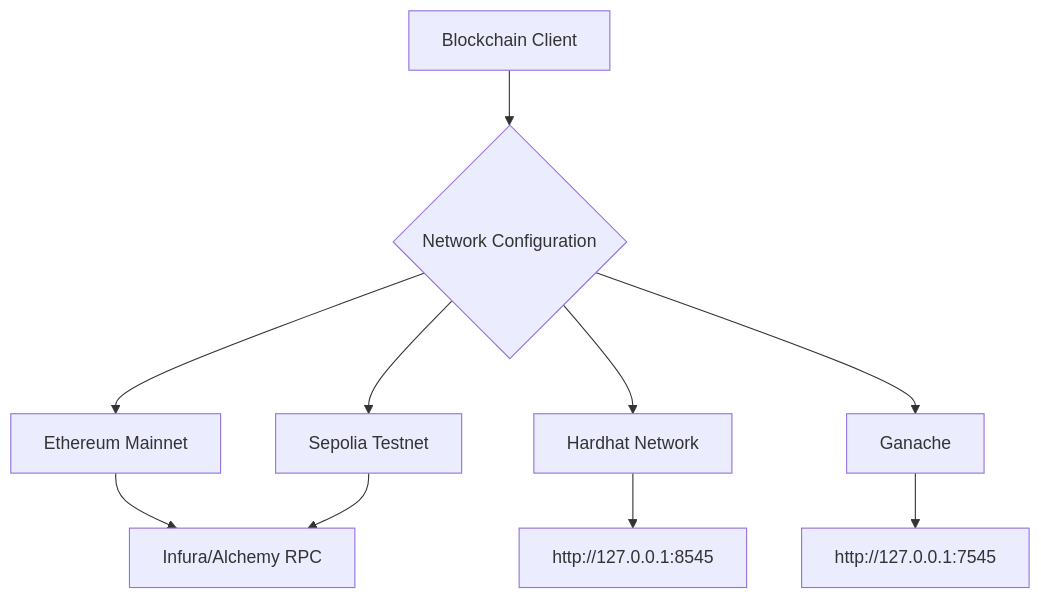
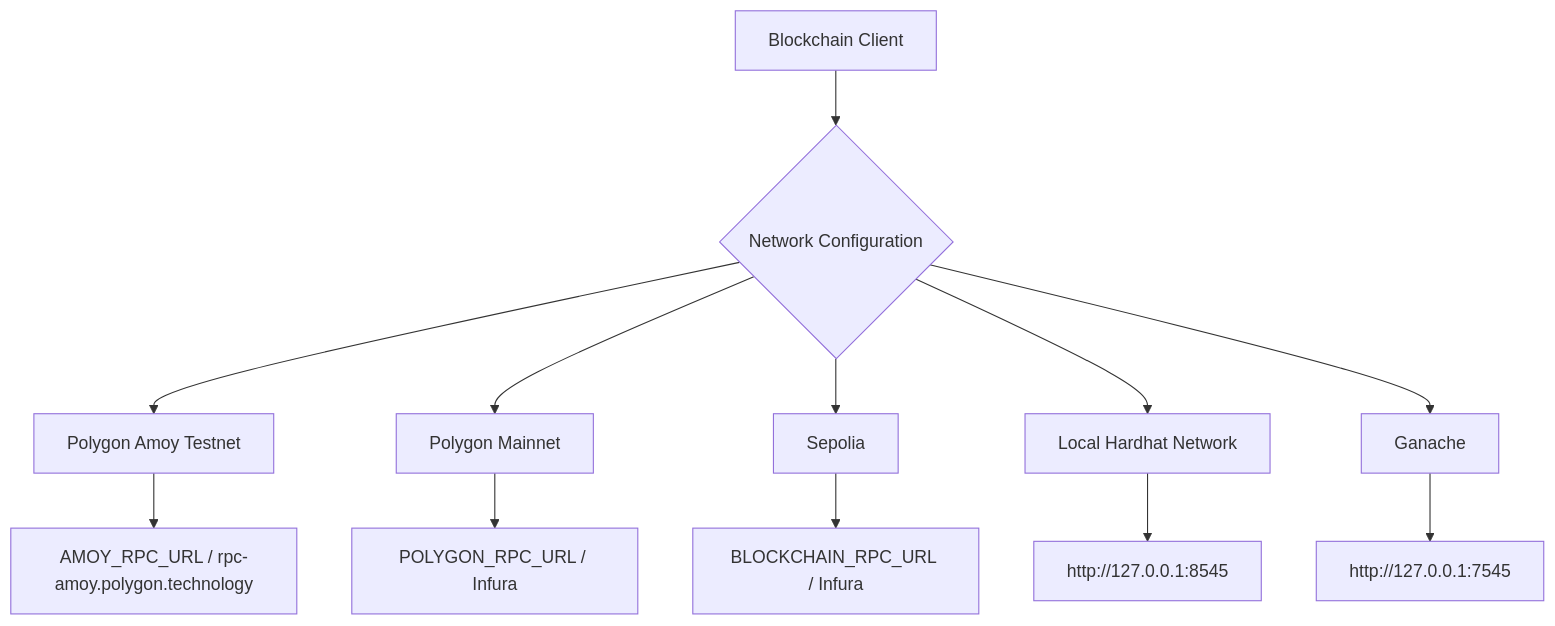
Before and after one commit to ProTechPh/FreelanceXchain-api: the third of 4 diagrams in docs/deployment/configuration.md, drawn with Mermaid. The commit also changed other lines of this file and 57 other files, not shown here.

````diff
--- a/docs/deployment/configuration.md
+++ b/docs/deployment/configuration.md
@@ -150,12 +159,14 @@
 ```mermaid
 graph TD
 A[Blockchain Client] --> B{Network Configuration}
-B --> C[Ethereum Mainnet]
-B --> D[Sepolia Testnet]
-B --> E[Hardhat Network]
-B --> F[Ganache]
-C --> G[Infura/Alchemy RPC]
-D --> G
-E --> H[http://127.0.0.1:8545]
-F --> I[http://127.0.0.1:7545]
+B --> C[Polygon Amoy Testnet]
+B --> D[Polygon Mainnet]
+B --> E[Sepolia]
+B --> F[Local Hardhat Network]
+B --> G[Ganache]
+C --> H[AMOY_RPC_URL / rpc-amoy.polygon.technology]
+D --> I[POLYGON_RPC_URL / Infura]
+E --> J[BLOCKCHAIN_RPC_URL / Infura]
+F --> K[http://127.0.0.1:8545]
+G --> L[http://127.0.0.1:7545]
 ```
````
